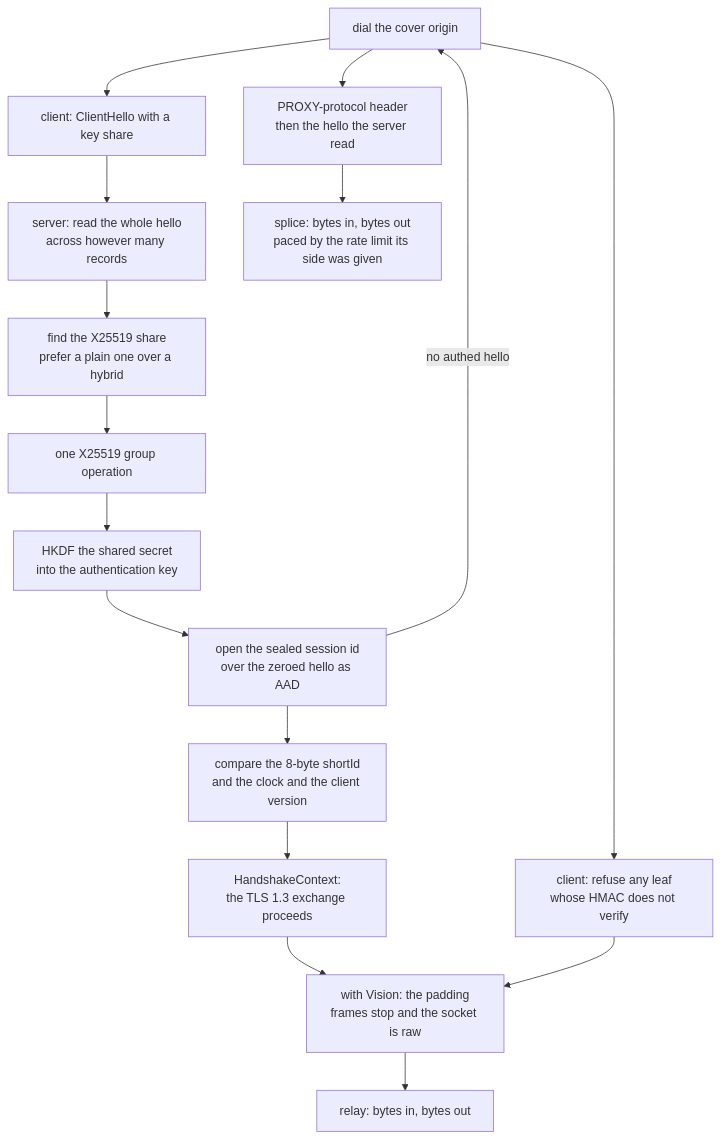
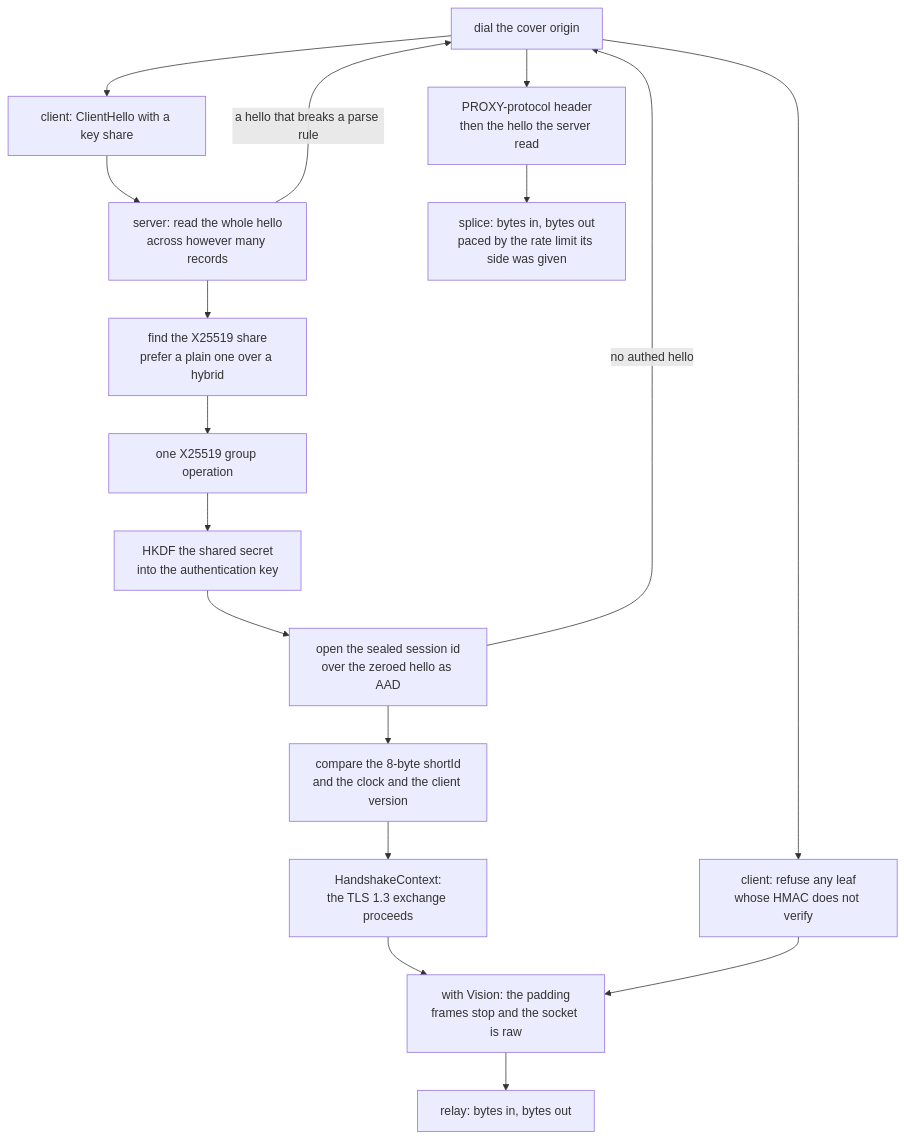
Before and after one commit to Ferrocite/ferrox: the diagram in docs/function/reality-tls.md, drawn with Mermaid. The commit also changed other lines of this file and 2 other files, not shown here.

First line of the commit message:
reality: splice a hello that breaks a parse rule, as the references do

````diff
--- a/docs/function/reality-tls.md
+++ b/docs/function/reality-tls.md
@@ -24,18 +24,19 @@
 ```mermaid
 graph TD
     D["dial: stock hello with a zeroed tag<br/>for the AAD, then with the seal"] --> C["client: ClientHello with a key share"]
     C --> S["server: read the whole hello<br/>across however many records"]
     S --> X["find the X25519 share<br/>prefer a plain one over a hybrid"]
+    S -->|"a hello that breaks a parse rule"| D
     X --> G["one X25519 group operation"]
     G --> K["HKDF the shared secret<br/>into the authentication key"]
     K --> A["open the sealed session id<br/>over the zeroed hello as AAD"]
     A --> I["compare the 8-byte shortId<br/>and the clock and the client version"]
     I --> P["HandshakeContext:<br/>the TLS 1.3 exchange proceeds"]
     A -->|"no authed hello"| D["dial the cover origin"]
     D --> H["PROXY-protocol header<br/>then the hello the server read"]
     H --> R["splice: bytes in, bytes out<br/>paced by the rate limit its side was given"]
     P --> V["with Vision: the padding<br/>frames stop and the socket is raw"]
     V --> L["relay: bytes in, bytes out"]
     D --> Q["client: refuse any leaf<br/>whose HMAC does not verify"]
     Q --> V
 ```
````
